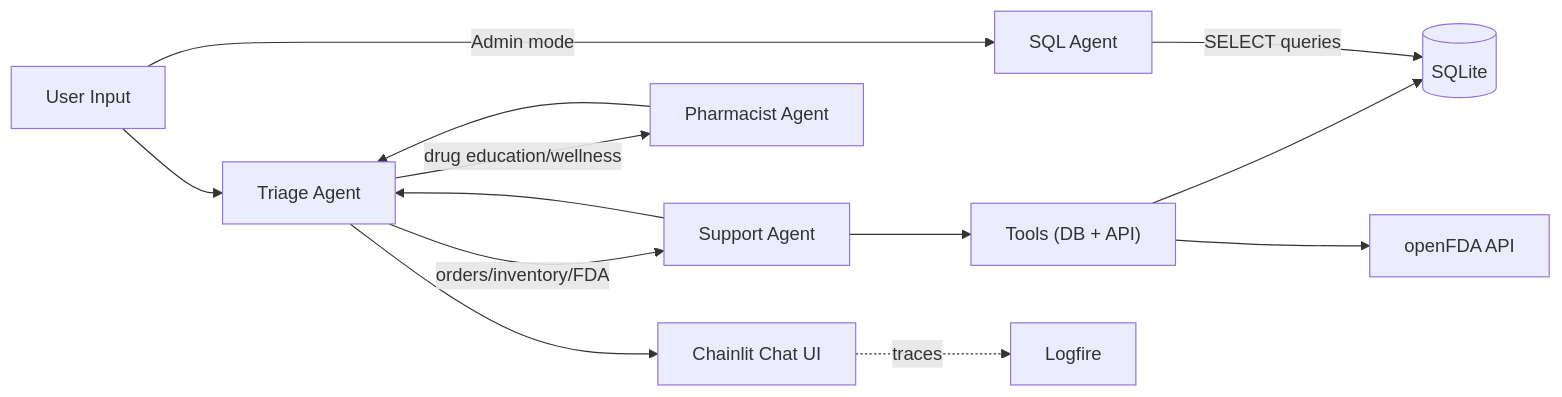
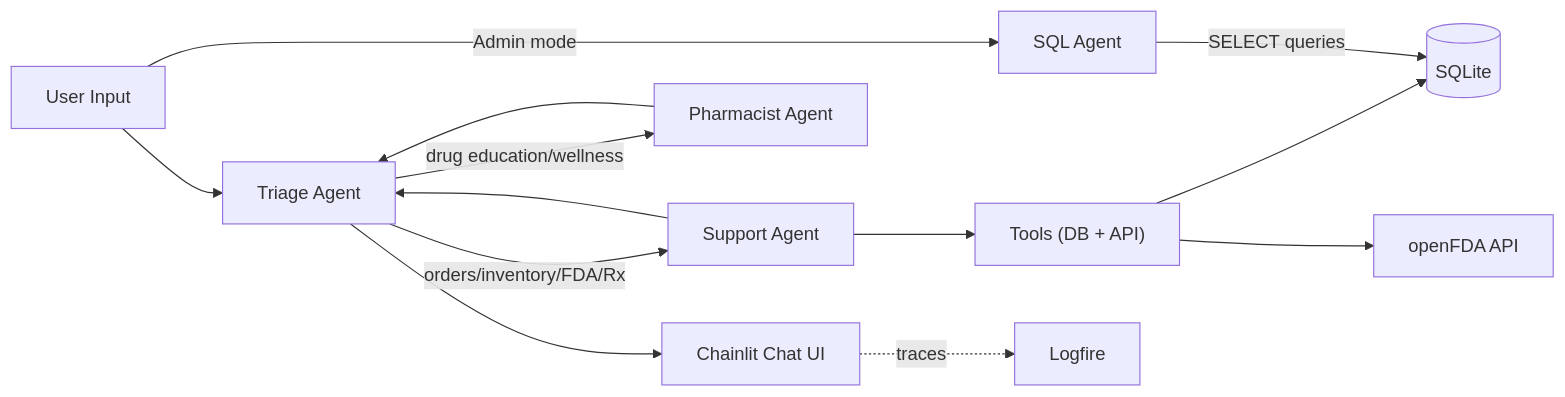
The diagram in README.md (Lagyamfi/pharmacy-agent), drawn with Mermaid before and after one commit. The commit also changed other lines of this file and 1 other file, not shown here.

````diff
--- a/README.md
+++ b/README.md
@@ -43,15 +45,15 @@
 ```mermaid
 flowchart LR
     A[User Input] --> B[Triage Agent]
-    B -->|orders/inventory/FDA| C[Support Agent]
+    B -->|orders/inventory/FDA/Rx| C[Support Agent]
     B -->|drug education/wellness| D[Pharmacist Agent]
     A -->|Admin mode| SQ[SQL Agent]
     C --> E["Tools (DB + API)"]
     E --> F[(SQLite)]
     E --> G[openFDA API]
     SQ -->|SELECT queries| F
     C --> B
     D --> B
     B --> H[Chainlit Chat UI]
     H -.->|traces| I[Logfire]
 ```
````
